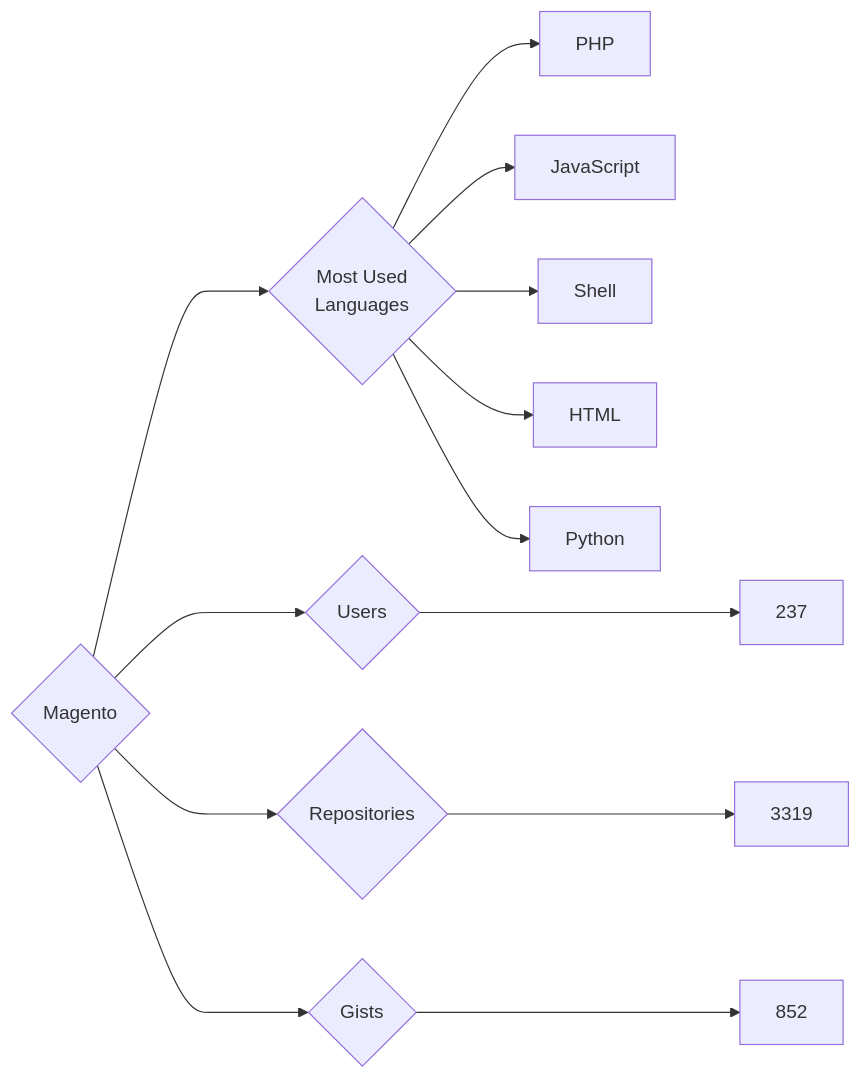
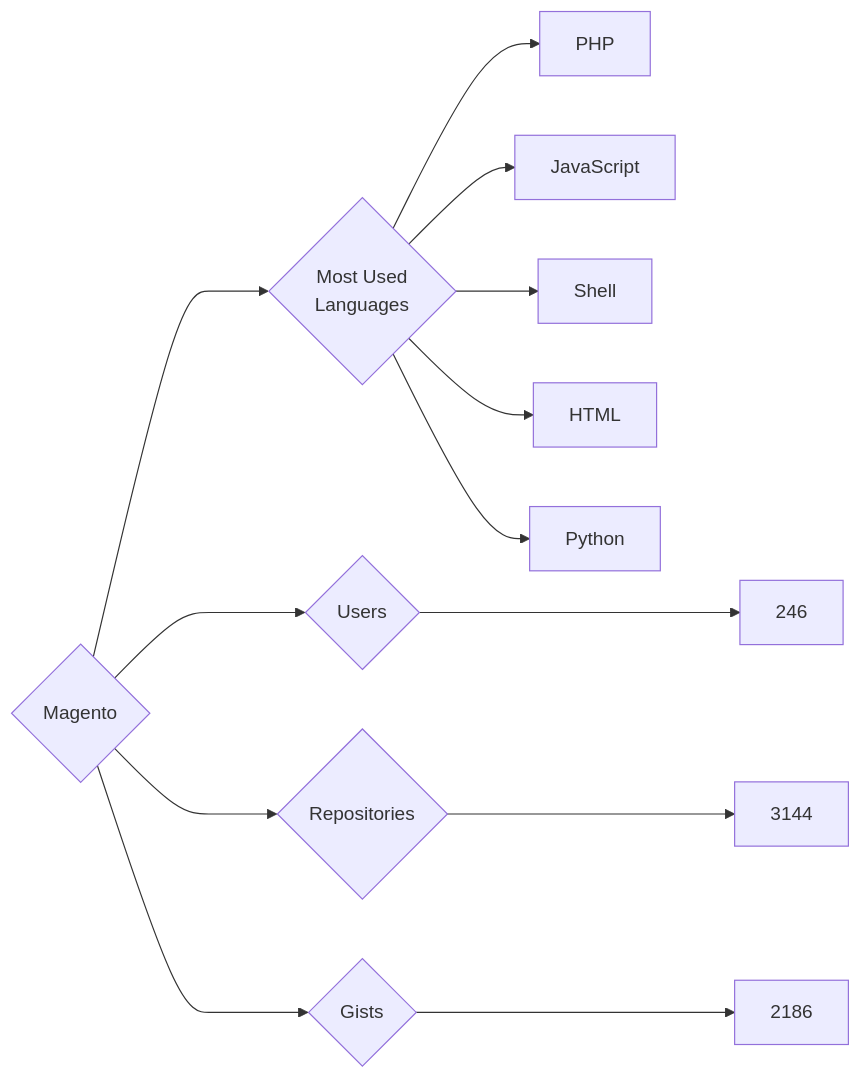
The diagram in targets/Magento/README.md (trickest/insiders), drawn with Mermaid before and after one commit. The commit also changed 752 other files, not shown here.

````diff
--- a/targets/Magento/README.md
+++ b/targets/Magento/README.md
@@ -3,13 +3,13 @@
 ```mermaid
 graph LR
 COMPANY_NAME{Magento}
-COMPANY_NAME ---> U{Users} ---> UN[237]
-COMPANY_NAME ---> R{Repositories} ---> RN[3319]
-COMPANY_NAME ---> G{Gists} ---> GN[852]
+COMPANY_NAME ---> U{Users} ---> UN[246]
+COMPANY_NAME ---> R{Repositories} ---> RN[3144]
+COMPANY_NAME ---> G{Gists} ---> GN[2186]
 COMPANY_NAME ---> ML{Most Used<br>Languages}
 ML --> PHP[PHP]
 ML --> JavaScript[JavaScript]
 ML --> Shell[Shell]
 ML --> HTML[HTML]
 ML --> Python[Python]
 ```
````
